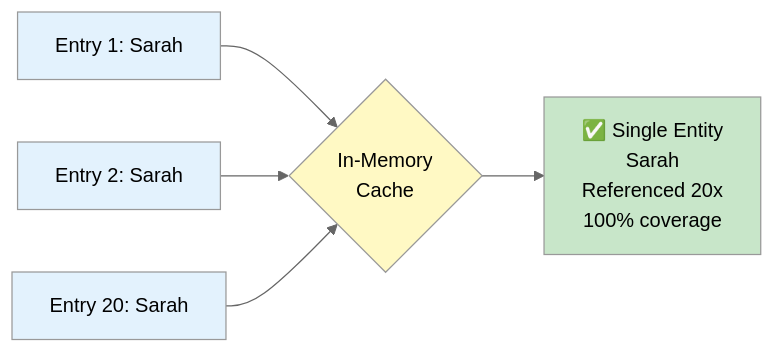
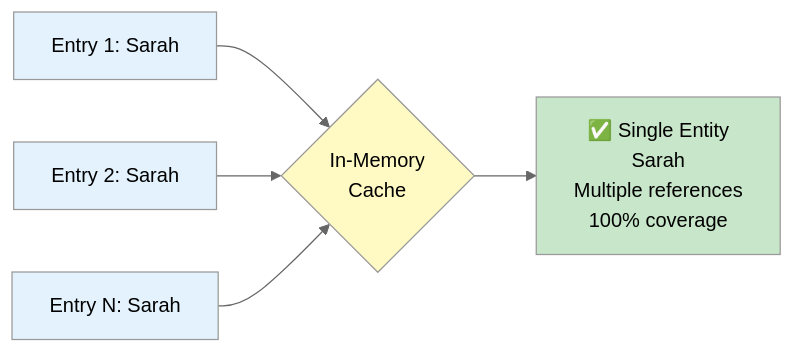
Before and after one commit to phuc-nt/kioku-ios: the fourth of 9 diagrams in docs/99_lesson/PRESENTATION_SLIDES_SHORT.md, drawn with Mermaid (neutral theme). The commit also changed other lines of this file, not shown here.

````diff
--- a/docs/99_lesson/PRESENTATION_SLIDES_SHORT.md
+++ b/docs/99_lesson/PRESENTATION_SLIDES_SHORT.md
@@ -152,13 +136,13 @@
 ```mermaid
 graph LR
     E1[Entry 1: Sarah] --> Cache{In-Memory<br/>Cache}
     E2[Entry 2: Sarah] --> Cache
-    E3[Entry 20: Sarah] --> Cache
-    Cache --> Result[✅ Single Entity<br/>Sarah<br/>Referenced 20x<br/>100% coverage]
+    E3[Entry N: Sarah] --> Cache
+    Cache --> Result[✅ Single Entity<br/>Sarah<br/>Multiple references<br/>100% coverage]
 
     style E1 fill:#e3f2fd
     style E2 fill:#e3f2fd
     style E3 fill:#e3f2fd
     style Cache fill:#fff9c4
     style Result fill:#c8e6c9
 ```
````
